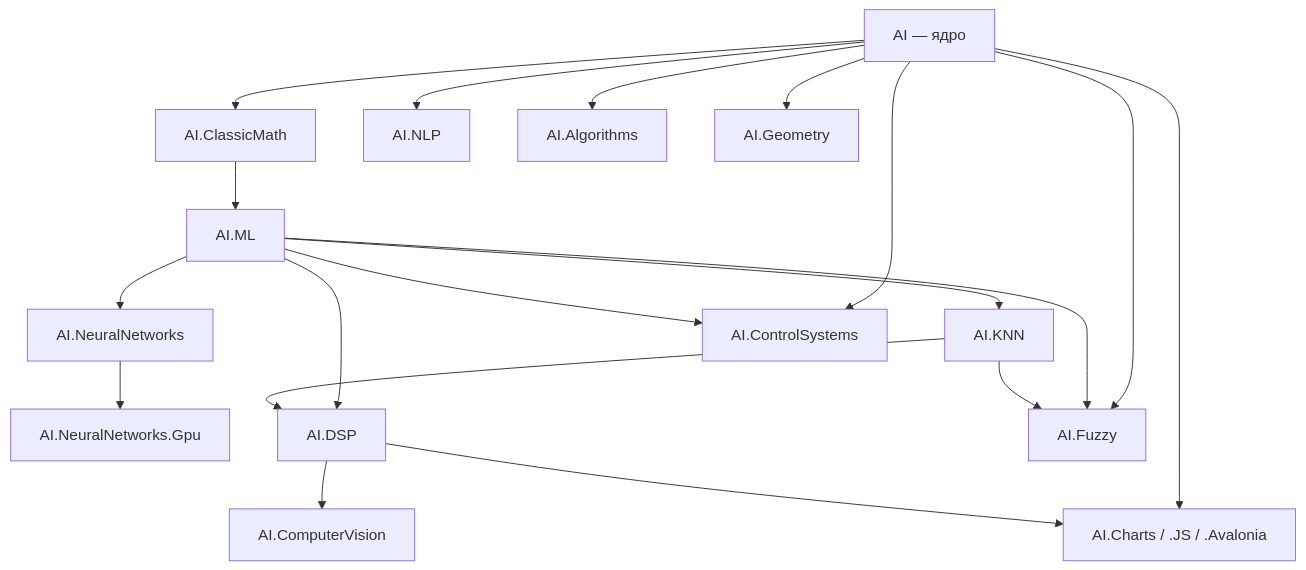
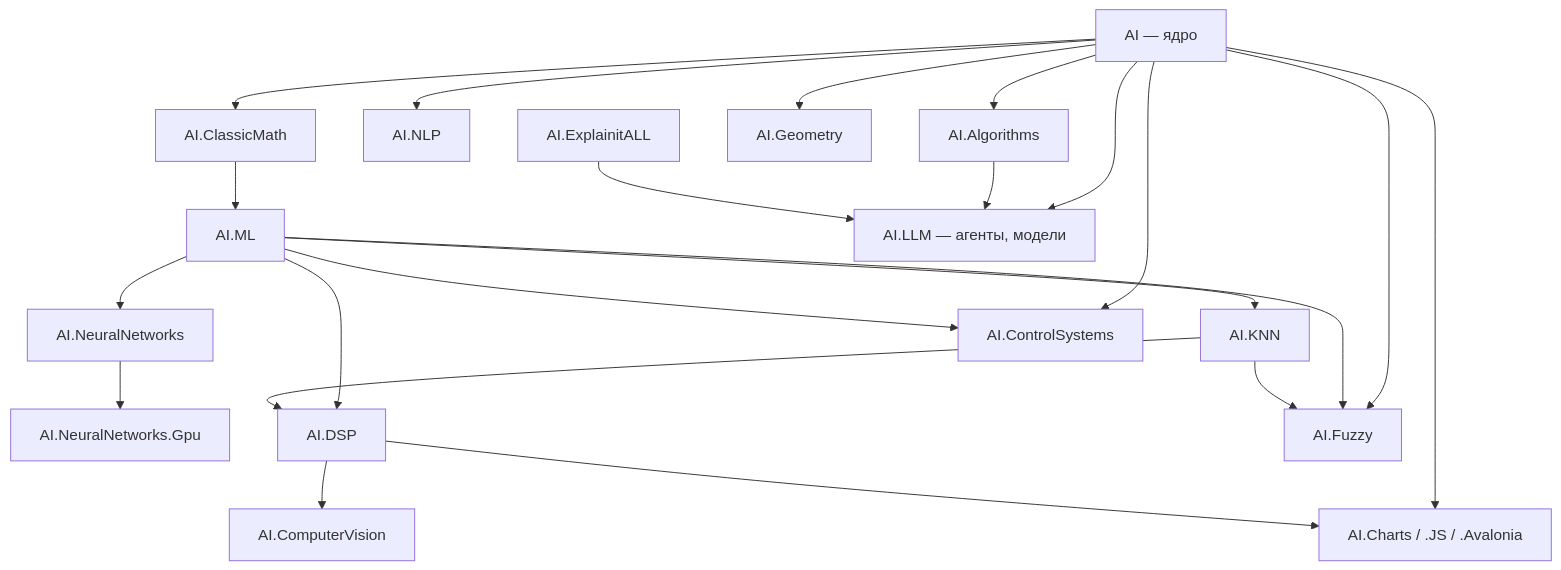
Before and after one commit to AIFramework/AIFramework3Open: the diagram in Docs/Architecture/README.md, drawn with Mermaid. The commit also changed other lines of this file and 110 other files, not shown here.

````diff
--- a/Docs/Architecture/README.md
+++ b/Docs/Architecture/README.md
@@ -28,36 +29,41 @@
 ```mermaid
 flowchart TB
   AI["AI — ядро"]
   CM["AI.ClassicMath"]
   ML["AI.ML"]
   NN["AI.NeuralNetworks"]
   NNG["AI.NeuralNetworks.Gpu"]
   KNN["AI.KNN"]
   DSP["AI.DSP"]
   Charts["AI.Charts / .JS / .Avalonia"]
   FUZZ["AI.Fuzzy"]
   NLP["AI.NLP"]
   CS["AI.ControlSystems"]
   ALG["AI.Algorithms"]
   GEO["AI.Geometry"]
   CV["AI.ComputerVision"]
+  EX["AI.ExplainitALL"]
+  LLM["AI.LLM — агенты, модели"]
 
   AI --> CM
   AI --> ALG
   AI --> GEO
+  AI --> LLM
+  ALG --> LLM
+  EX --> LLM
   CM --> ML
   ML --> NN
   NN --> NNG
   ML --> KNN
   AI --> FUZZ
   ML --> FUZZ
   KNN --> FUZZ
   ML --> DSP
   KNN --> DSP
   DSP --> CV
   AI --> Charts
   DSP --> Charts
   AI --> NLP
   AI --> CS
   ML --> CS
 ```
````
